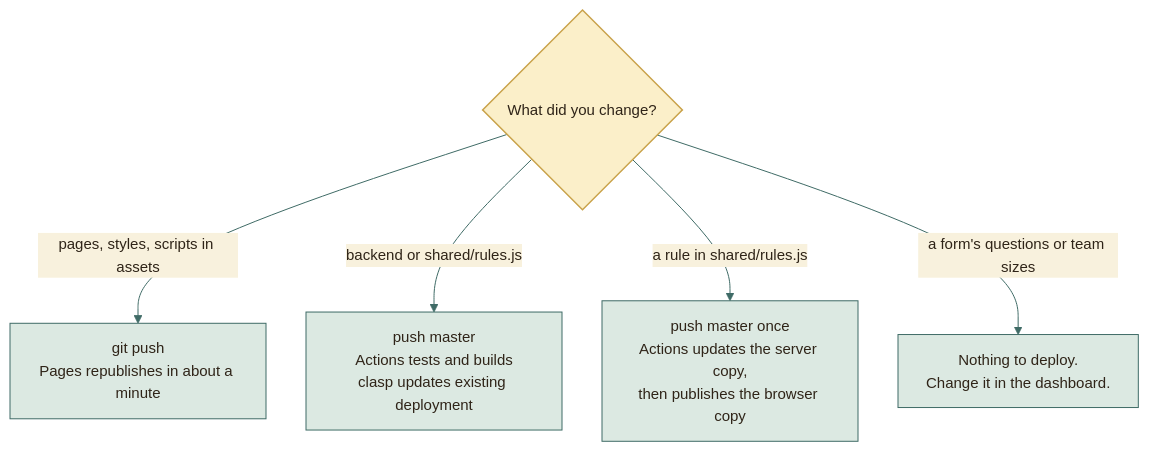
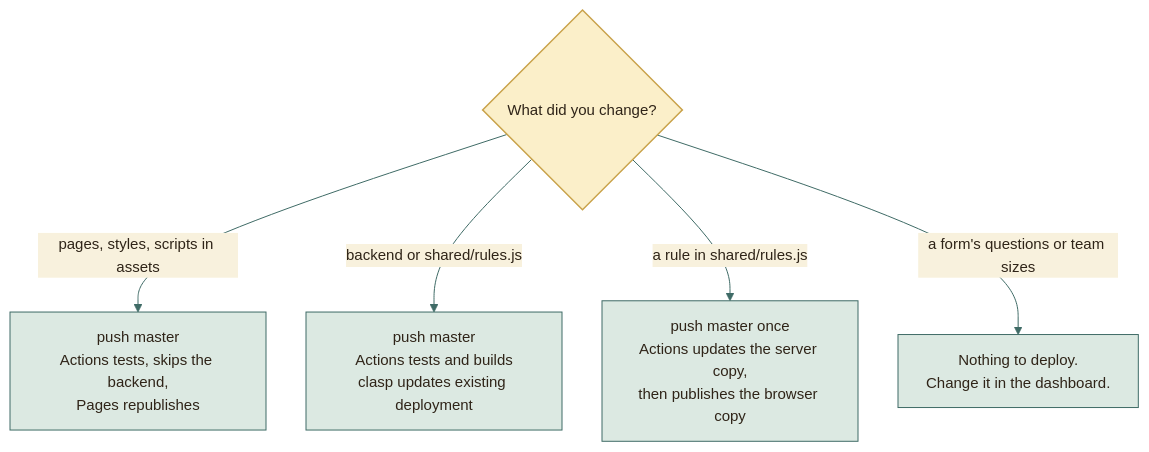
Before and after one commit to moyeh04/forms-platform: the fourth of 4 diagrams in docs/architecture/HOSTING.md, drawn with Mermaid. The commit also changed 4 other files, not shown here.

````diff
--- a/docs/architecture/HOSTING.md
+++ b/docs/architecture/HOSTING.md
@@ -242,37 +242,37 @@
 ```mermaid
 %%{init: {
   'theme': 'base',
   'themeVariables': {
     'fontFamily': 'ui-sans-serif, system-ui, -apple-system, Segoe UI, Roboto, sans-serif',
     'fontSize': '15px',
     'primaryColor': '#DCE9E2', 'primaryBorderColor': '#3F6B66', 'primaryTextColor': '#2F2418',
     'secondaryColor': '#F0E4C8', 'secondaryBorderColor': '#C9A24A', 'secondaryTextColor': '#2F2418',
     'tertiaryColor': '#F6EFDC', 'tertiaryBorderColor': '#CDBB94', 'tertiaryTextColor': '#2F2418',
     'lineColor': '#3F6B66', 'textColor': '#2F2418', 'mainBkg': '#DCE9E2', 'nodeBorder': '#3F6B66',
     'clusterBkg': '#F6EFDC', 'clusterBorder': '#CDBB94', 'titleColor': '#2F2418',
     'edgeLabelBackground': '#F8F1DD',
     'actorBkg': '#DCE9E2', 'actorBorder': '#3F6B66', 'actorTextColor': '#2F2418', 'actorLineColor': '#8FB3AB',
     'signalColor': '#477A73', 'signalTextColor': '#477A73',
     'labelBoxBkgColor': '#F0E4C8', 'labelBoxBorderColor': '#C9A24A', 'labelTextColor': '#2F2418', 'loopTextColor': '#6A5A44',
     'noteBkgColor': '#FBEFC9', 'noteBorderColor': '#C9A24A', 'noteTextColor': '#2F2418',
     'activationBkgColor': '#DCE9E2', 'activationBorderColor': '#3F6B66', 'sequenceNumberColor': '#F8F1DD',
     'transitionColor': '#3F6B66', 'stateLabelColor': '#2F2418', 'stateBkg': '#DCE9E2', 'altBackground': '#F6EFDC',
     'attributeBackgroundColorOdd': '#F8F1DD', 'attributeBackgroundColorEven': '#F0E4C8'
   },
   'flowchart': {'curve': 'basis', 'padding': 14, 'nodeSpacing': 40, 'rankSpacing': 46},
   'sequence': {'mirrorActors': false, 'messageMargin': 34, 'boxMargin': 8}
 }}%%
 flowchart TD
     q{"What did you change?"}
-    q -- "pages, styles, scripts in assets" --> a1["git push<br/>Pages republishes in about a minute"]
+    q -- "pages, styles, scripts in assets" --> a1["push master<br/>Actions tests, skips the backend,<br/>Pages republishes"]
     q -- "backend or shared/rules.js" --> a2["push master<br/>Actions tests and builds<br/>clasp updates existing deployment"]
     q -- "a rule in shared/rules.js" --> a3["push master once<br/>Actions updates the server copy,<br/>then publishes the browser copy"]
     q -- "a form's questions or team sizes" --> a4["Nothing to deploy.<br/>Change it in the dashboard."]
     classDef cDb fill:#F3E2B3,stroke:#B8892D,stroke-width:1.5px,color:#2F2418
     classDef cActor fill:#F4D9D3,stroke:#9A3328,stroke-width:1.5px,color:#2F2418
     classDef cDec fill:#FBEFC9,stroke:#C9A24A,stroke-width:1.5px,color:#2F2418
     classDef cEnd fill:#2F2418,stroke:#2F2418,color:#F8F1DD
     classDef cErr fill:#F6D5CF,stroke:#A12B1F,stroke-width:1.5px,color:#5A140C
     classDef cOk fill:#BFD9CF,stroke:#2E5A55,stroke-width:1.5px,color:#17302D
     class q cDec
 ```
````
